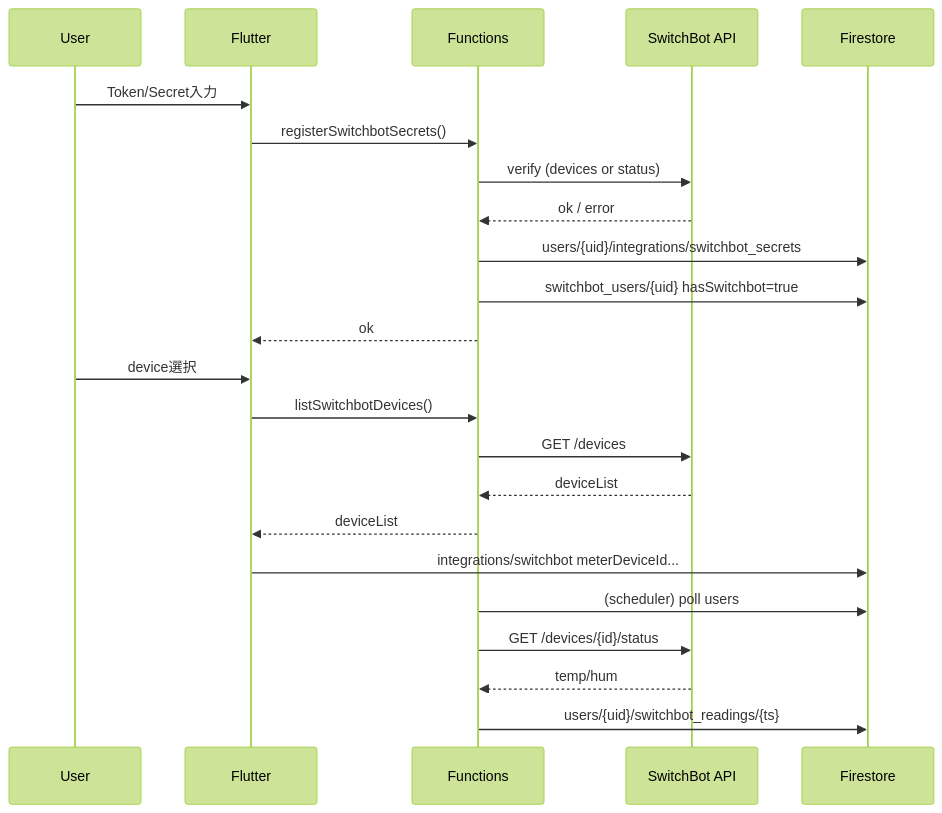
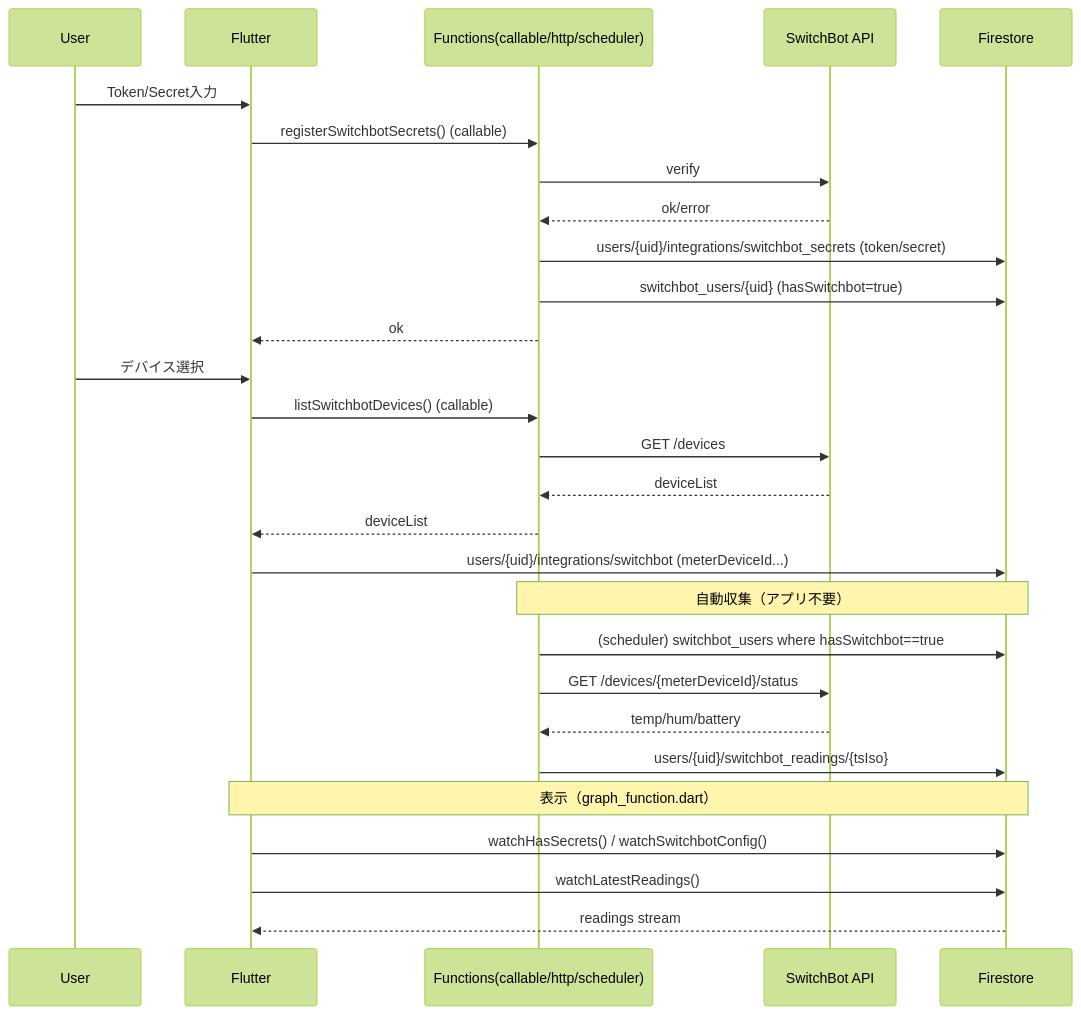
The second of 2 diagrams in docs/architecture.md (gotainu/hamster-application), drawn with Mermaid (forest theme) before and after one commit. The commit also changed other lines of this file and 8 other files, not shown here.

````diff
--- a/docs/architecture.md
+++ b/docs/architecture.md
@@ -71,28 +118,34 @@
 ```mermaid
 sequenceDiagram
   participant U as User
   participant App as Flutter
-  participant CF as Functions
+  participant CF as Functions(callable/http/scheduler)
   participant SB as SwitchBot API
   participant FS as Firestore
 
   U->>App: Token/Secret入力
-  App->>CF: registerSwitchbotSecrets()
-  CF->>SB: verify (devices or status)
-  SB-->>CF: ok / error
-  CF->>FS: users/{uid}/integrations/switchbot_secrets
-  CF->>FS: switchbot_users/{uid} hasSwitchbot=true
+  App->>CF: registerSwitchbotSecrets() (callable)
+  CF->>SB: verify
+  SB-->>CF: ok/error
+  CF->>FS: users/{uid}/integrations/switchbot_secrets (token/secret)
+  CF->>FS: switchbot_users/{uid} (hasSwitchbot=true)
   CF-->>App: ok
 
-  U->>App: device選択
-  App->>CF: listSwitchbotDevices()
+  U->>App: デバイス選択
+  App->>CF: listSwitchbotDevices() (callable)
   CF->>SB: GET /devices
   SB-->>CF: deviceList
   CF-->>App: deviceList
-  App->>FS: integrations/switchbot meterDeviceId...
+  App->>FS: users/{uid}/integrations/switchbot (meterDeviceId...)
 
-  CF->>FS: (scheduler) poll users
-  CF->>SB: GET /devices/{id}/status
-  SB-->>CF: temp/hum
-  CF->>FS: users/{uid}/switchbot_readings/{ts}
+  Note over CF,FS: 自動収集（アプリ不要）
+  CF->>FS: (scheduler) switchbot_users where hasSwitchbot==true
+  CF->>SB: GET /devices/{meterDeviceId}/status
+  SB-->>CF: temp/hum/battery
+  CF->>FS: users/{uid}/switchbot_readings/{tsIso}
+
+  Note over App,FS: 表示（graph_function.dart）
+  App->>FS: watchHasSecrets() / watchSwitchbotConfig()
+  App->>FS: watchLatestReadings()
+  FS-->>App: readings stream
 ```
````
